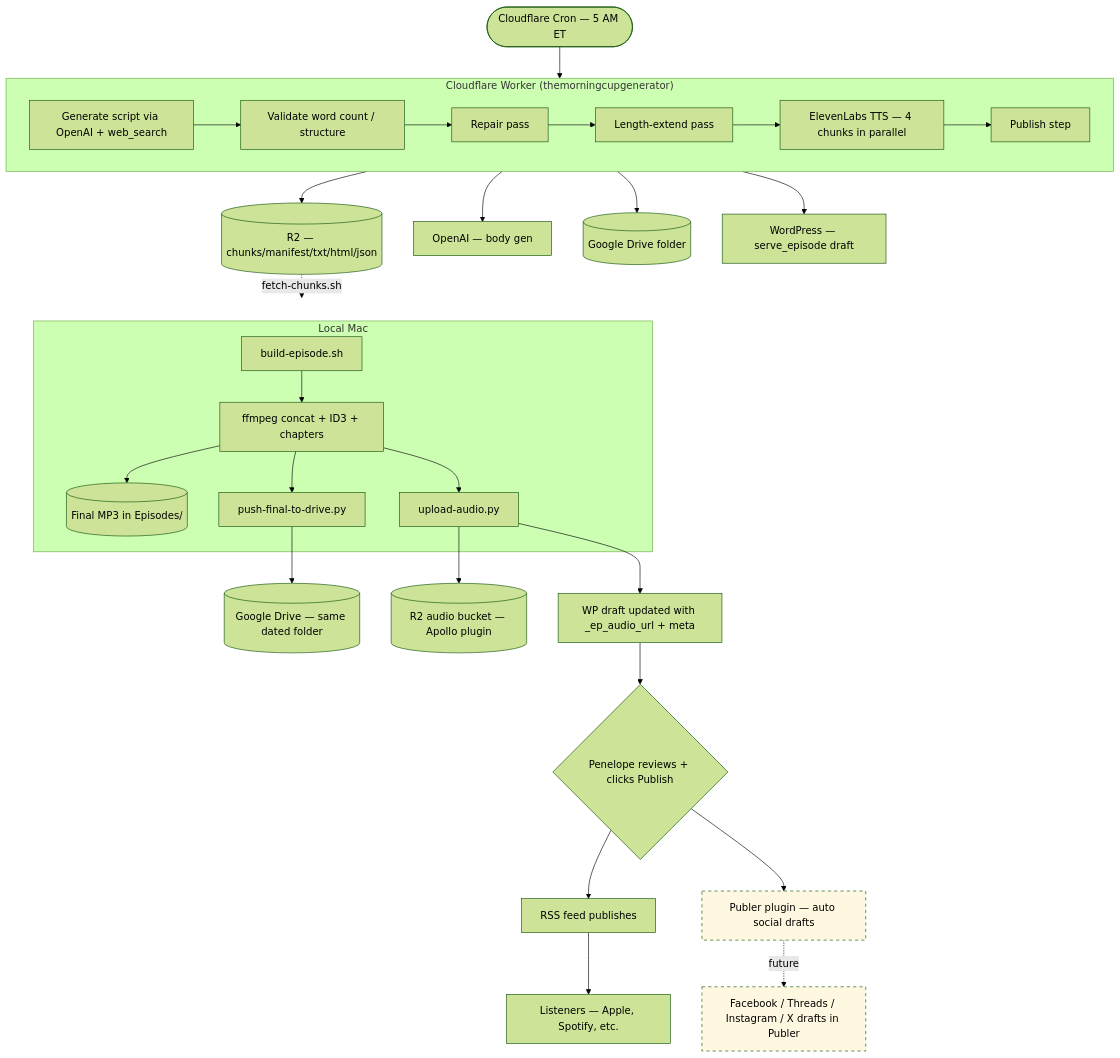
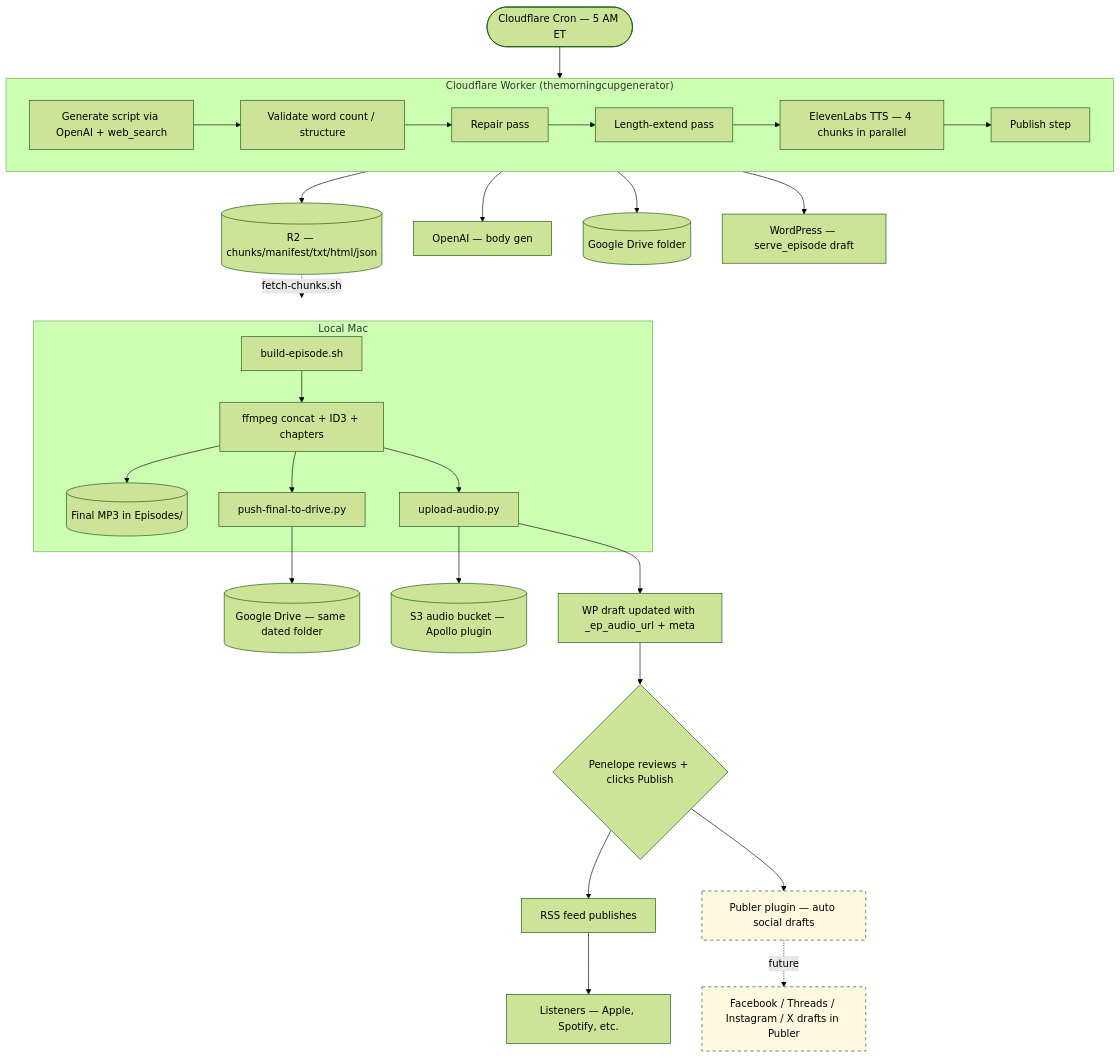
The first of 8 diagrams in docs/PIPELINE.md (pennydoesdev/TheMorningCup-Episode-Generator), drawn with Mermaid (forest theme) before and after one commit. The commit also changed other lines of this file and 3 other files, not shown here.

First line of the commit message:
upload-audio.py: switch from R2 to S3 (matches active backend)

````diff
--- a/docs/PIPELINE.md
+++ b/docs/PIPELINE.md
@@ -27,38 +27,38 @@
 ```mermaid
 flowchart TD
   Cron(["Cloudflare Cron — 5 AM ET"]) --> Worker
   subgraph Worker["Cloudflare Worker (themorningcupgenerator)"]
     Gen[Generate script via OpenAI + web_search]
     Val[Validate word count / structure]
     Rep[Repair pass]
     Ext[Length-extend pass]
     TTS[ElevenLabs TTS — 4 chunks in parallel]
     Pub[Publish step]
     Gen --> Val --> Rep --> Ext --> TTS --> Pub
   end
   Worker --> R2C[(R2 — chunks/manifest/txt/html/json)]
   Worker --> OpenAI2[OpenAI — body gen]
   Worker --> Drive1[(Google Drive folder)]
   Worker --> WP1[WordPress — serve_episode draft]
 
   R2C -.->|fetch-chunks.sh| Mac
   subgraph Mac["Local Mac"]
     Build[build-episode.sh]
     Build --> FF[ffmpeg concat + ID3 + chapters]
     FF --> Final[(Final MP3 in Episodes/)]
     FF --> PushDrive[push-final-to-drive.py]
     FF --> UploadAudio[upload-audio.py]
   end
   PushDrive --> Drive2[(Google Drive — same dated folder)]
-  UploadAudio --> R2A[(R2 audio bucket — Apollo plugin)]
+  UploadAudio --> S3A[(S3 audio bucket — Apollo plugin)]
   UploadAudio --> WP2[WP draft updated with _ep_audio_url + meta]
 
   WP2 --> Reviewer{Penelope reviews + clicks Publish}
   Reviewer --> RSS[RSS feed publishes]
   Reviewer --> SocialPlanned[Publer plugin — auto social drafts]
   RSS --> Listeners[Listeners — Apple, Spotify, etc.]
   SocialPlanned -.->|future| Social[Facebook / Threads / Instagram / X drafts in Publer]
 
   classDef future stroke-dasharray: 5 5,fill:#fff8e1
   class SocialPlanned,Social future
 ```
````
